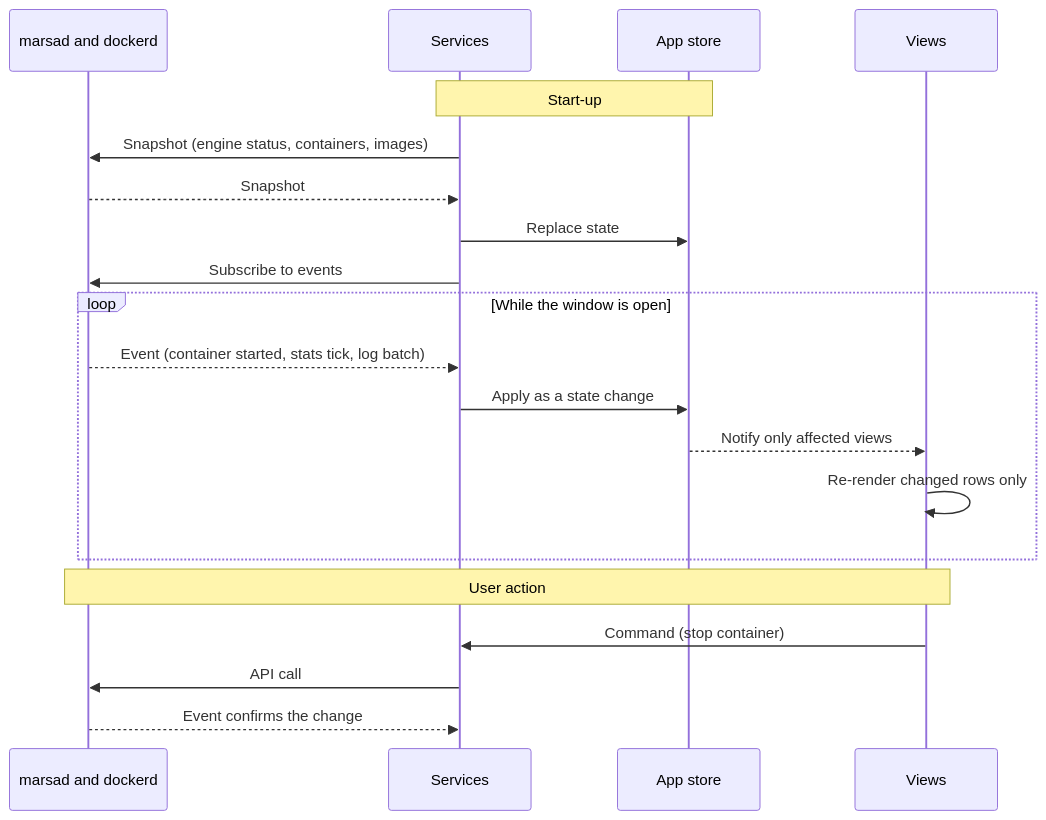
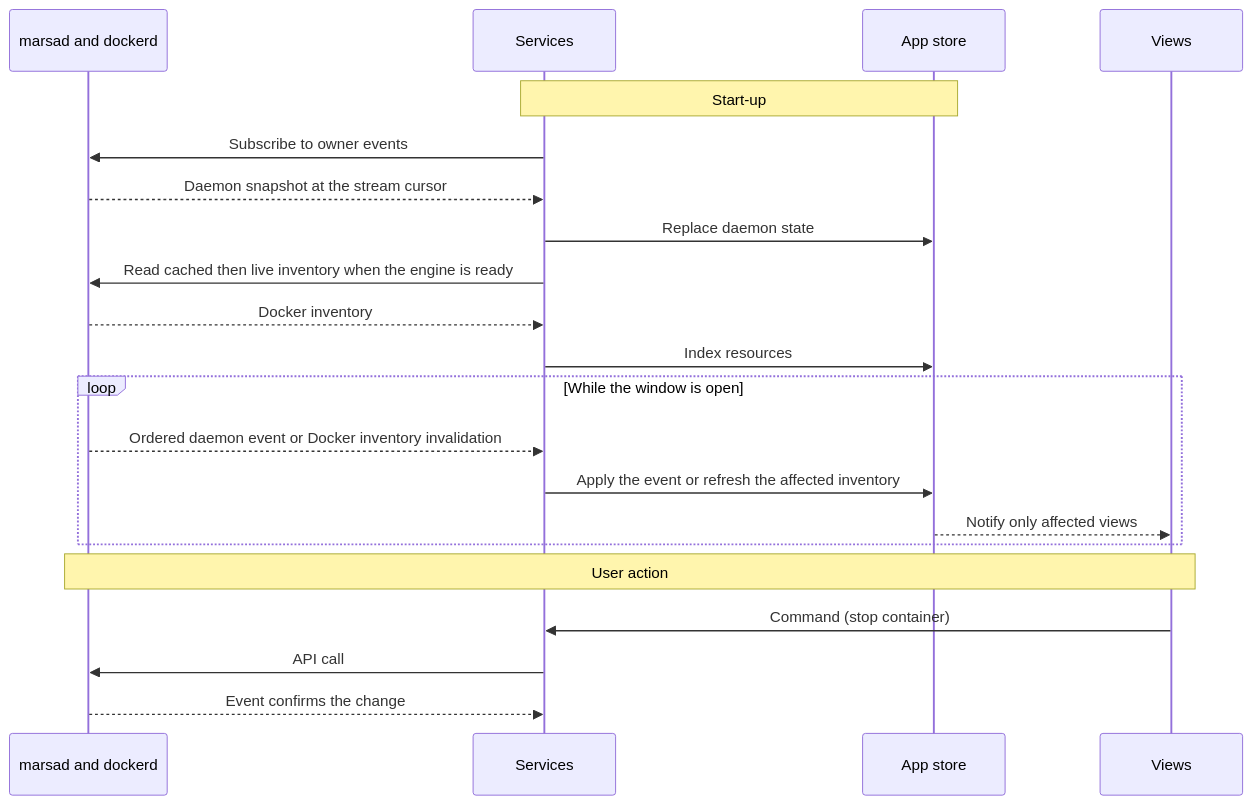
The second of 5 diagrams in docs/08-gui.md (nasraldin/marsa), drawn with Mermaid before and after one commit. The commit also changed other lines of this file and 22 other files, not shown here.

````diff
--- a/docs/08-gui.md
+++ b/docs/08-gui.md
@@ -85,23 +85,24 @@
 ```mermaid
 sequenceDiagram
     participant D as marsad and dockerd
     participant S as Services
     participant ST as App store
     participant V as Views
 
     Note over S,ST: Start-up
-    S->>D: Snapshot (engine status, containers, images)
-    D-->>S: Snapshot
-    S->>ST: Replace state
-    S->>D: Subscribe to events
+    S->>D: Subscribe to owner events
+    D-->>S: Daemon snapshot at the stream cursor
+    S->>ST: Replace daemon state
+    S->>D: Read cached then live inventory when the engine is ready
+    D-->>S: Docker inventory
+    S->>ST: Index resources
     loop While the window is open
-        D-->>S: Event (container started, stats tick, log batch)
-        S->>ST: Apply as a state change
+        D-->>S: Ordered daemon event or Docker inventory invalidation
+        S->>ST: Apply the event or refresh the affected inventory
         ST-->>V: Notify only affected views
-        V->>V: Re-render changed rows only
     end
     Note over V,D: User action
     V->>S: Command (stop container)
     S->>D: API call
     D-->>S: Event confirms the change
 ```
````
